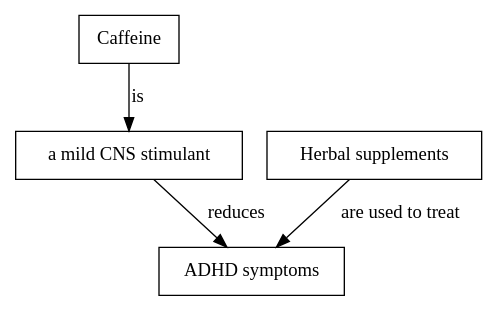
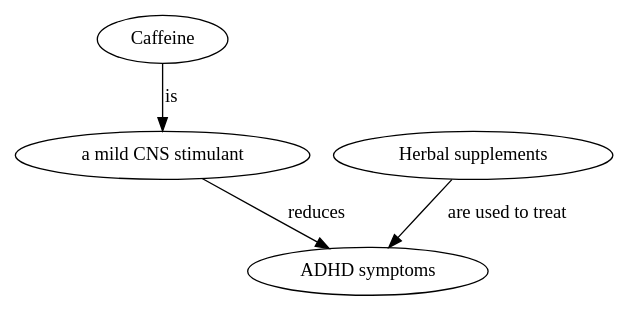
One commit to davidgengenbach/bachelor-thesis changed the diagram in thesis/assets/figures/concept_map.dot. Above: the diagram before and after it, drawn with Graphviz. The commit also changed 18 other files, not shown here.

```diff
--- a/thesis/assets/figures/concept_map.dot
+++ b/thesis/assets/figures/concept_map.dot
@@ -1,11 +1,11 @@
 # dot -oconcept_map.pdf -Tpdf concept_map.dot
 digraph G {
-    "Caffeine" [shape=box];
-    "a mild CNS stimulant" [shape=box];
-    "Herbal supplements" [shape=box];
-    "ADHD symptoms" [shape=box];
+    "Caffeine" [height=0.5];
+    "a mild CNS stimulant" [height=0.5];
+    "Herbal supplements" [height=0.5];
+    "ADHD symptoms" [height=0.5];
 
     "Caffeine"  -> "a mild CNS stimulant" [label="is"];
     "a mild CNS stimulant"  -> "ADHD symptoms" [label="reduces"];
     "Herbal supplements" -> "ADHD symptoms" [label="are used to treat"];
 }
```
